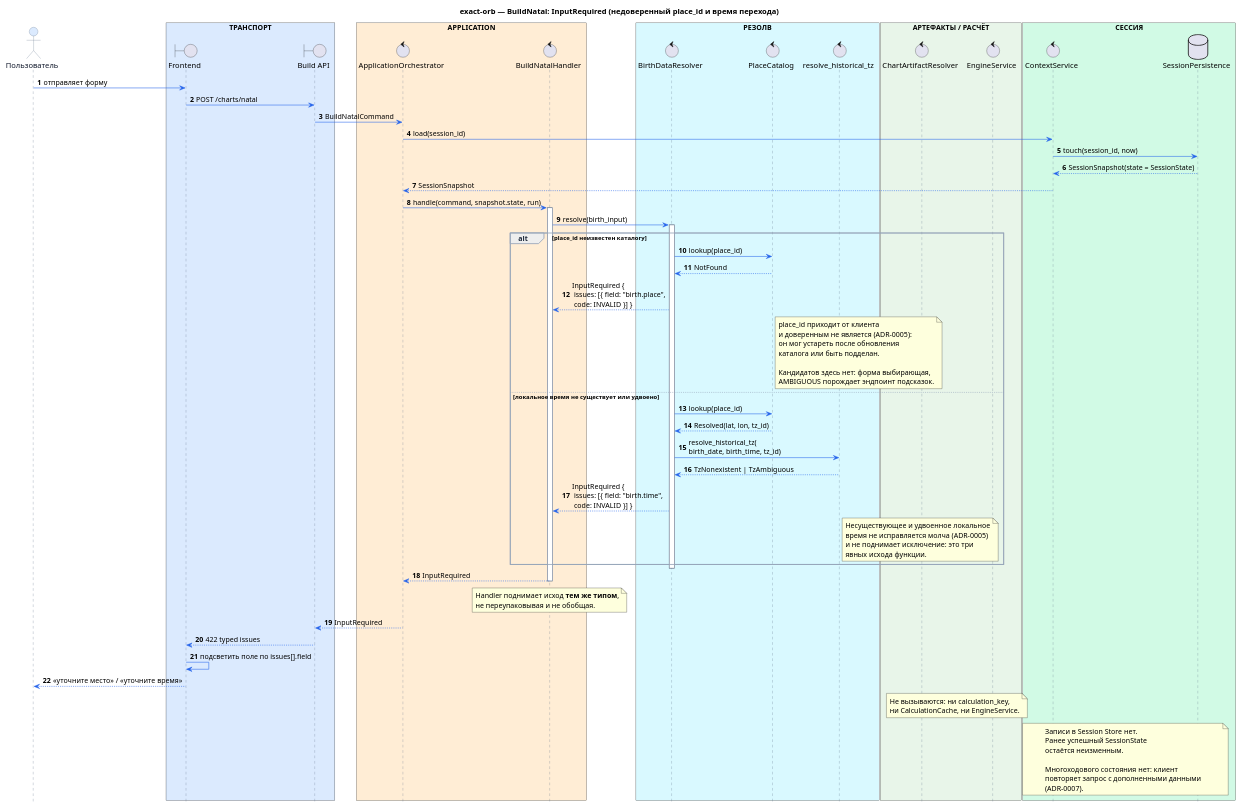
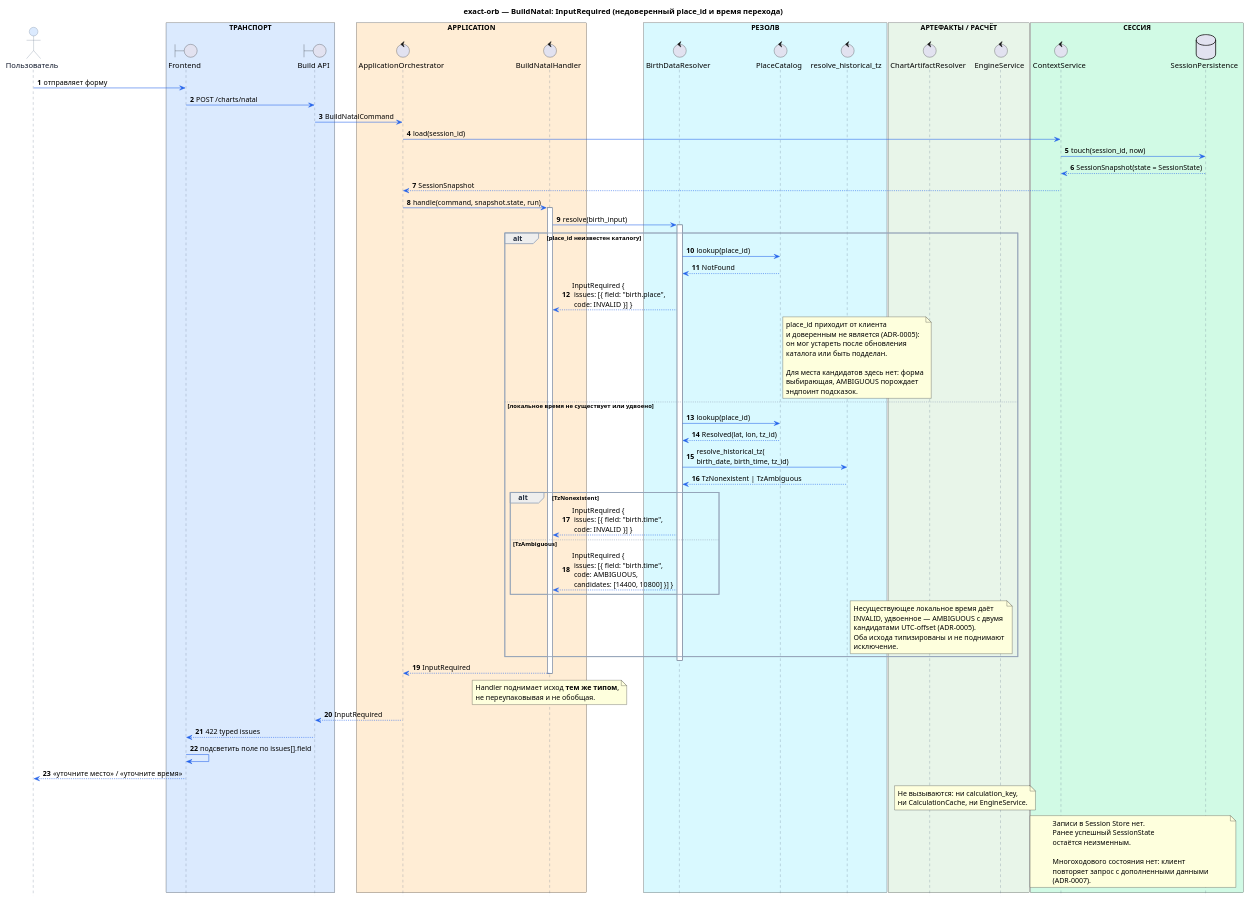
One commit to ksenia-baranova/exact-orb-demo changed the diagram in docs/sequence_diagrams/build_natal/004-build_natal_input_required.puml. Above: the diagram before and after it, drawn with PlantUML. The commit also changed 8 other files, not shown here.

Commit message:
docs: update architecture diagrams, overview, and scenarios

```diff
--- a/docs/sequence_diagrams/build_natal/004-build_natal_input_required.puml
+++ b/docs/sequence_diagrams/build_natal/004-build_natal_input_required.puml
@@ -1,148 +1,154 @@
 @startuml
 title exact-orb — BuildNatal: InputRequired (недоверенный place_id и время перехода)
 
 ' Пользовательская ошибка ввода. Кэш и движок не вызываются,
 ' SessionState не изменяется.
 
 autonumber
 hide footbox
 
 skinparam shadowing false
 skinparam responseMessageBelowArrow true
 
 skinparam sequence {
     ArrowColor #2563EB
     LifeLineBorderColor #64748B
     LifeLineBackgroundColor #FFFFFF
 
     ParticipantBorderColor #64748B
     ParticipantFontColor #0F172A
     ParticipantBackgroundColor #F8FAFC
 
     ActorBorderColor #64748B
     ActorFontColor #0F172A
     ActorBackgroundColor #DBEAFE
 
     GroupBorderColor #94A3B8
     GroupHeaderFontColor #1E293B
 
     DividerBorderColor #94A3B8
     DividerFontColor #1E293B
 
     NoteBorderColor #94A3B8
     NoteBackgroundColor #FFFBEA
     NoteFontColor #334155
 }
 
 actor "Пользователь" as User
 
 box "ТРАНСПОРТ" #DBEAFE
     boundary "Frontend" as FE
     boundary "Build API" as API
 end box
 
 box "APPLICATION" #FFEDD5
     control "ApplicationOrchestrator" as Orch
     control "BuildNatalHandler" as Handler
 end box
 
 box "РЕЗОЛВ" #D9F9FF
     control "BirthDataResolver" as Resolver
     control "PlaceCatalog" as Places
     control "resolve_historical_tz" as TZ
 end box
 
 box "АРТЕФАКТЫ / РАСЧЁТ" #E8F5E9
     control "ChartArtifactResolver" as Artifacts
     control "EngineService" as Engine
 end box
 
 box "СЕССИЯ" #D1FAE5
     control "ContextService" as Context
     database "SessionPersistence" as Store
 end box
 
 
 User -> FE : отправляет форму
 FE -> API : POST /charts/natal
 API -> Orch : BuildNatalCommand
 
 Orch -> Context : load(session_id)
 Context -> Store : touch(session_id, now)
 Store --> Context : SessionSnapshot(state = SessionState)
 Context --> Orch : SessionSnapshot
 
 Orch -> Handler : handle(command, snapshot.state, run)
 activate Handler
 
 Handler -> Resolver : resolve(birth_input)
 activate Resolver
 
 
 alt place_id неизвестен каталогу
 
     Resolver -> Places : lookup(place_id)
     Places --> Resolver : NotFound
 
     Resolver --> Handler : InputRequired {\n issues: [{ field: "birth.place",\n code: INVALID }] }
 
     note right of Places
     place_id приходит от клиента
     и доверенным не является (ADR-0005):
     он мог устареть после обновления
     каталога или быть подделан.
 
-    Кандидатов здесь нет: форма выбирающая,
-    AMBIGUOUS порождает эндпоинт подсказок.
+    Для места кандидатов здесь нет: форма
+    выбирающая, AMBIGUOUS порождает
+    эндпоинт подсказок.
     end note
 
 else локальное время не существует или удвоено
 
     Resolver -> Places : lookup(place_id)
     Places --> Resolver : Resolved(lat, lon, tz_id)
 
     Resolver -> TZ : resolve_historical_tz(\nbirth_date, birth_time, tz_id)
     TZ --> Resolver : TzNonexistent | TzAmbiguous
 
-    Resolver --> Handler : InputRequired {\n issues: [{ field: "birth.time",\n code: INVALID }] }
+    alt TzNonexistent
+        Resolver --> Handler : InputRequired {\n issues: [{ field: "birth.time",\n code: INVALID }] }
+    else TzAmbiguous
+        Resolver --> Handler : InputRequired {\n issues: [{ field: "birth.time",\n code: AMBIGUOUS,\n candidates: [14400, 10800] }] }
+    end
 
     note right of TZ
-    Несуществующее и удвоенное локальное
-    время не исправляется молча (ADR-0005)
-    и не поднимает исключение: это три
-    явных исхода функции.
+    Несуществующее локальное время даёт
+    INVALID, удвоенное — AMBIGUOUS с двумя
+    кандидатами UTC-offset (ADR-0005).
+    Оба исхода типизированы и не поднимают
+    исключение.
     end note
 
 end
 
 deactivate Resolver
 
 Handler --> Orch : InputRequired
 deactivate Handler
 
 note over Handler
 Handler поднимает исход **тем же типом**,
 не переупаковывая и не обобщая.
 end note
 
 Orch --> API : InputRequired
 API --> FE : 422 typed issues
 FE -> FE : подсветить поле по issues[].field
 FE --> User : «уточните место» / «уточните время»
 
 note over Artifacts, Engine
 Не вызываются: ни calculation_key,
 ни CalculationCache, ни EngineService.
 end note
 
 note over Context, Store
 Записи в Session Store нет.
 Ранее успешный SessionState
 остаётся неизменным.
 
 Многоходового состояния нет: клиент
 повторяет запрос с дополненными данными
 (ADR-0007).
 end note
 
 @enduml
```
